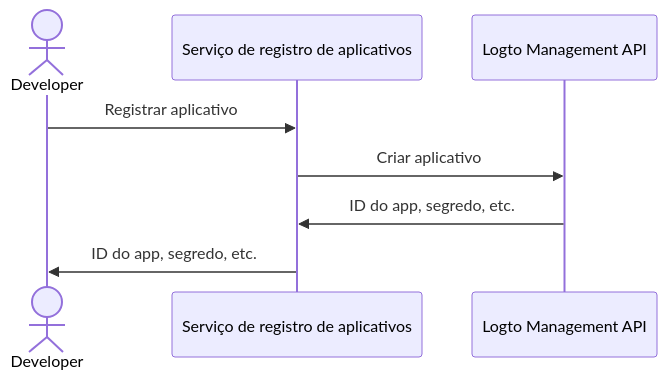
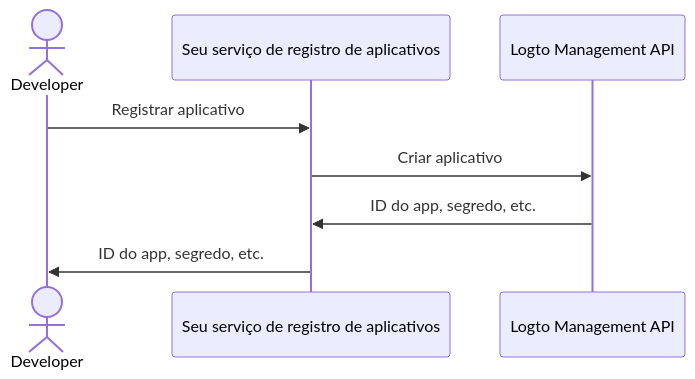
Before and after one commit to logto-io/docs: the first of 2 diagrams in i18n/pt-BR/docusaurus-plugin-content-docs/current/use-cases/ai/fragments/_configure-third-party-ai-agent.mdx, drawn with Mermaid. The commit also changed other lines of this file and 89 other files, not shown here.

````diff
--- a/i18n/pt-BR/docusaurus-plugin-content-docs/current/use-cases/ai/fragments/_configure-third-party-ai-agent.mdx
+++ b/i18n/pt-BR/docusaurus-plugin-content-docs/current/use-cases/ai/fragments/_configure-third-party-ai-agent.mdx
@@ -25,10 +25,10 @@
 ```mermaid
 sequenceDiagram
   actor Developer
-  participant Server as Serviço de registro de aplicativos
+  participant Server as Seu serviço de registro de aplicativos
   participant Logto as Logto Management API
   Developer->>Server: Registrar aplicativo
   Server->>Logto: Criar aplicativo
   Logto->>Server: ID do app, segredo, etc.
   Server->>Developer: ID do app, segredo, etc.
 ```
````
